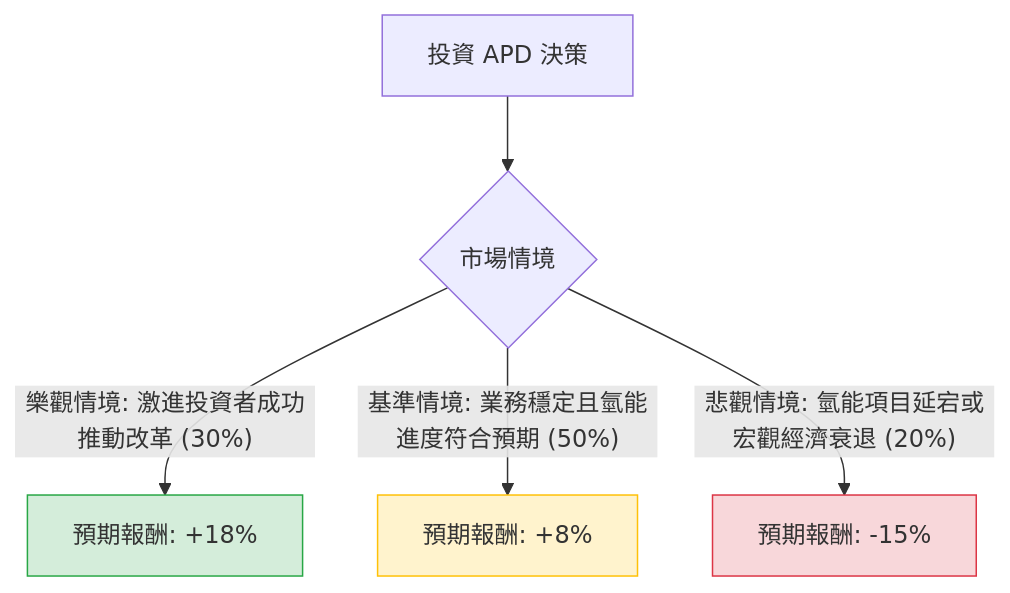
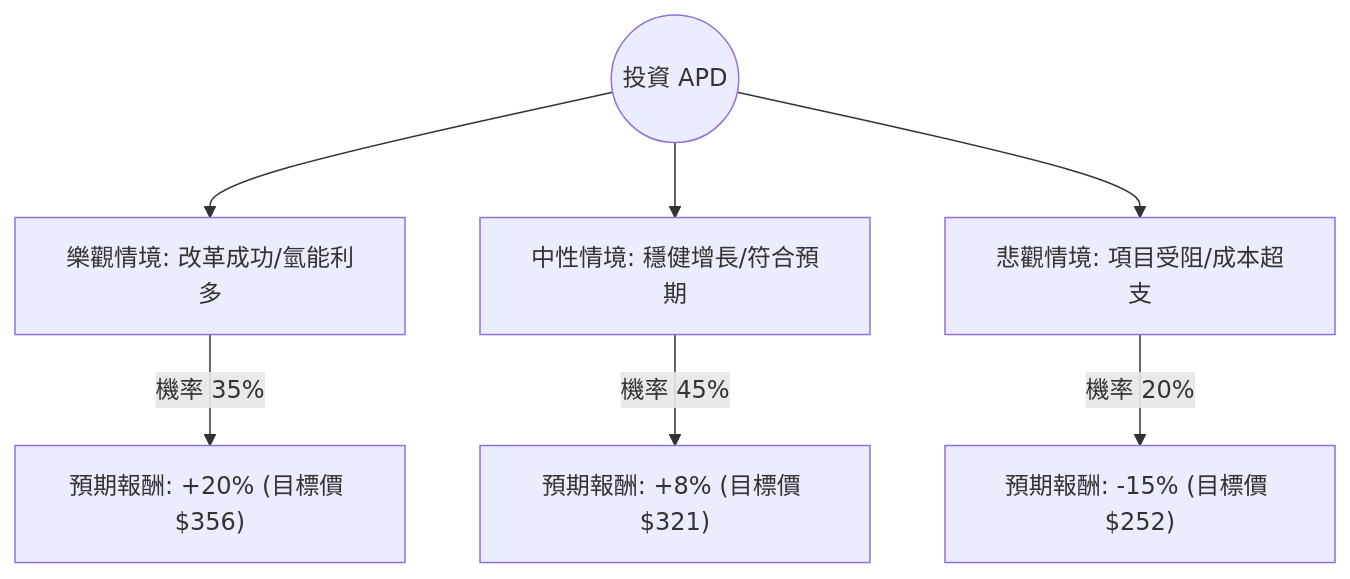
The diagram in plugin-react/ai-analysis/ev-analysis/APD.md (zmcx16/zmcx16.github.io), drawn with Mermaid before and after one commit. The commit also changed other lines of this file and 65 other files, not shown here.

````diff
--- a/plugin-react/ai-analysis/ev-analysis/APD.md
+++ b/plugin-react/ai-analysis/ev-analysis/APD.md
@@ -18,12 +19,10 @@
 ```mermaid
 graph TD
-    A[投資 APD 決策] --> B{市場情境}
-    
-    B -- 樂觀情境: 激進投資者成功推動改革 (30%) --> C[預期報酬: +18%]
-    B -- 基準情境: 業務穩定且氫能進度符合預期 (50%) --> D[預期報酬: +8%]
-    B -- 悲觀情境: 氫能項目延宕或宏觀經濟衰退 (20%) --> E[預期報酬: -15%]
+    Start((投資 APD)) --> Bull[樂觀情境: 改革成功/氫能利多]
+    Start --> Base[中性情境: 穩健增長/符合預期]
+    Start --> Bear[悲觀情境: 項目受阻/成本超支]
 
-    style C fill:#d4edda,stroke:#28a745
-    style D fill:#fff3cd,stroke:#ffc107
-    style E fill:#f8d7da,stroke:#dc3545
+    Bull -- "機率 35%" --> BullVal["預期報酬: +20% (目標價 $356)"]
+    Base -- "機率 45%" --> BaseVal["預期報酬: +8% (目標價 $321)"]
+    Bear -- "機率 20%" --> BearVal["預期報酬: -15% (目標價 $252)"]
 ```
````
